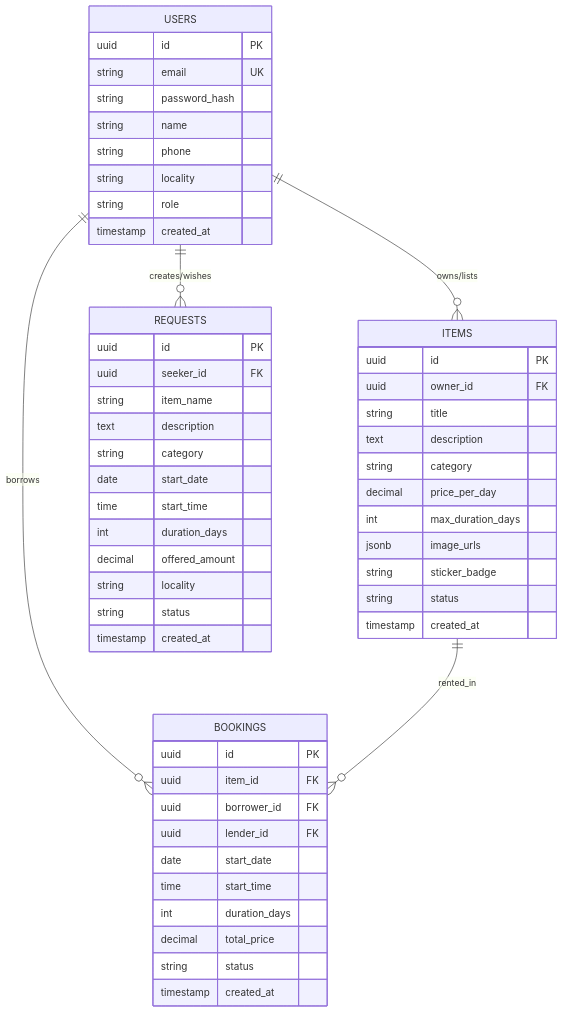
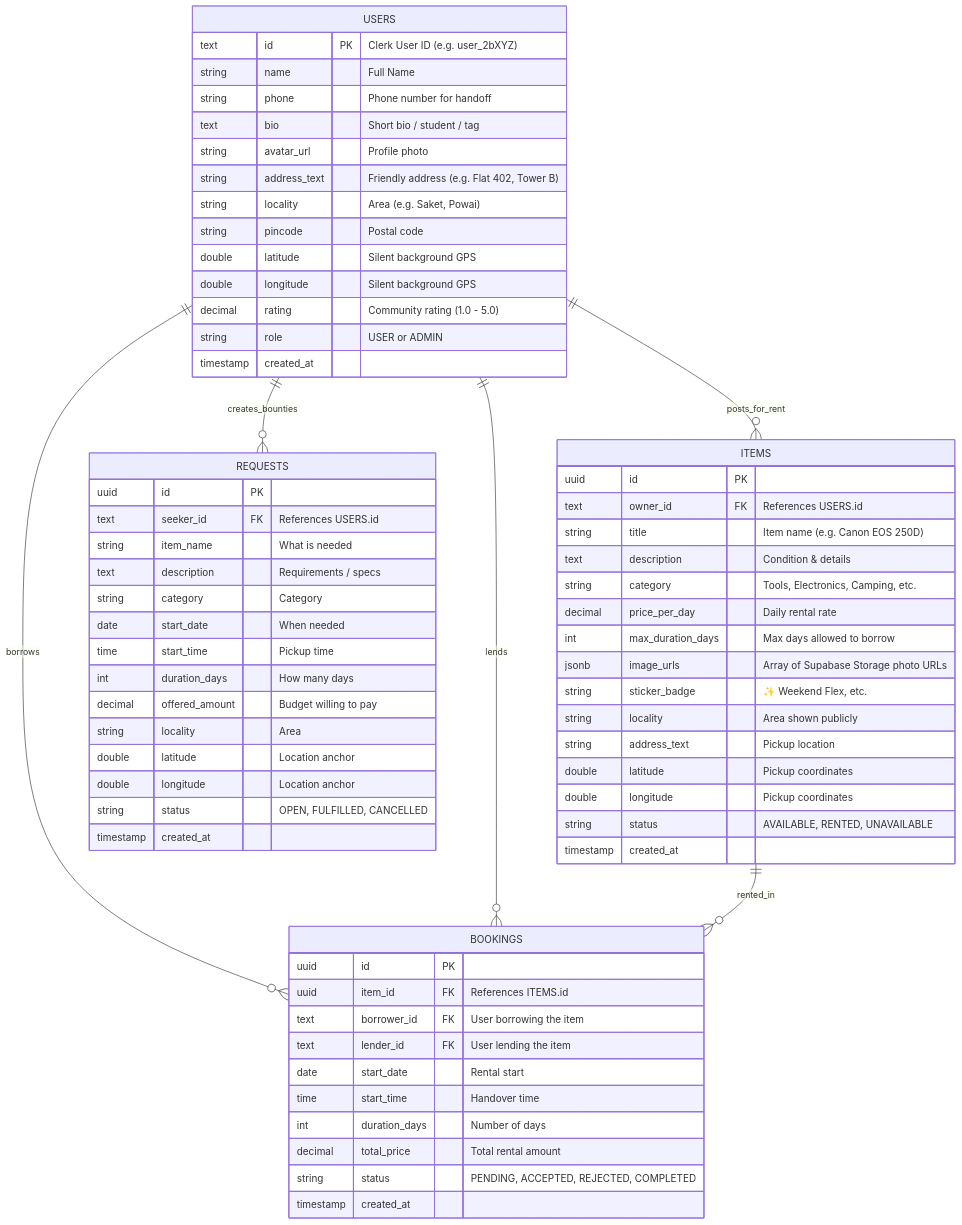
Before and after one commit to RajSamriddhi/Rentu: the diagram in SCHEMA.md, drawn with Mermaid. The commit also changed other lines of this file and 16 other files, not shown here.

Commit message:
feat(supabase): connect schema with Supabase, add storage bucket upload and 100m proximity radar

````diff
--- a/SCHEMA.md
+++ b/SCHEMA.md
@@ -10,60 +12,72 @@
 ```mermaid
 erDiagram
-    USERS ||--o{ ITEMS : "owns/lists"
-    USERS ||--o{ REQUESTS : "creates/wishes"
+    USERS ||--o{ ITEMS : "posts_for_rent"
+    USERS ||--o{ REQUESTS : "creates_bounties"
     USERS ||--o{ BOOKINGS : "borrows"
+    USERS ||--o{ BOOKINGS : "lends"
     ITEMS ||--o{ BOOKINGS : "rented_in"
     
     USERS {
-        uuid id PK
-        string email UK
-        string password_hash
-        string name
-        string phone
-        string locality
-        string role
+        text id PK "Clerk User ID (e.g. user_2bXYZ)"
+        string name "Full Name"
+        string phone "Phone number for handoff"
+        text bio "Short bio / student / tag"
+        string avatar_url "Profile photo"
+        string address_text "Friendly address (e.g. Flat 402, Tower B)"
+        string locality "Area (e.g. Saket, Powai)"
+        string pincode "Postal code"
+        double latitude "Silent background GPS"
+        double longitude "Silent background GPS"
+        decimal rating "Community rating (1.0 - 5.0)"
+        string role "USER or ADMIN"
         timestamp created_at
     }
 
     ITEMS {
         uuid id PK
-        uuid owner_id FK
-        string title
-        text description
-        string category
-        decimal price_per_day
-        int max_duration_days
-        jsonb image_urls
-        string sticker_badge
-        string status
+        text owner_id FK "References USERS.id"
+        string title "Item name (e.g. Canon EOS 250D)"
+        text description "Condition & details"
+        string category "Tools, Electronics, Camping, etc."
+        decimal price_per_day "Daily rental rate"
+        int max_duration_days "Max days allowed to borrow"
+        jsonb image_urls "Array of Supabase Storage photo URLs"
+        string sticker_badge "✨ Weekend Flex, etc."
+        string locality "Area shown publicly"
+        string address_text "Pickup location"
+        double latitude "Pickup coordinates"
+        double longitude "Pickup coordinates"
+        string status "AVAILABLE, RENTED, UNAVAILABLE"
         timestamp created_at
     }
 
     REQUESTS {
         uuid id PK
-        uuid seeker_id FK
-        string item_name
-        text description
-        string category
-        date start_date
-        time start_time
-        int duration_days
-        decimal offered_amount
-        string locality
-        string status
+        text seeker_id FK "References USERS.id"
+        string item_name "What is needed"
+        text description "Requirements / specs"
+        string category "Category"
+        date start_date "When needed"
+        time start_time "Pickup time"
+        int duration_days "How many days"
+        decimal offered_amount "Budget willing to pay"
+        string locality "Area"
+        double latitude "Location anchor"
+        double longitude "Location anchor"
+        string status "OPEN, FULFILLED, CANCELLED"
         timestamp created_at
     }
 
     BOOKINGS {
         uuid id PK
-        uuid item_id FK
-        uuid borrower_id FK
-        uuid lender_id FK
-        date start_date
-        time start_time
-        int duration_days
-        decimal total_price
-        string status
+        uuid item_id FK "References ITEMS.id"
+        text borrower_id FK "User borrowing the item"
+        text lender_id FK "User lending the item"
+        date start_date "Rental start"
+        time start_time "Handover time"
+        int duration_days "Number of days"
+        decimal total_price "Total rental amount"
+        string status "PENDING, ACCEPTED, REJECTED, COMPLETED"
         timestamp created_at
     }
 ```
````
